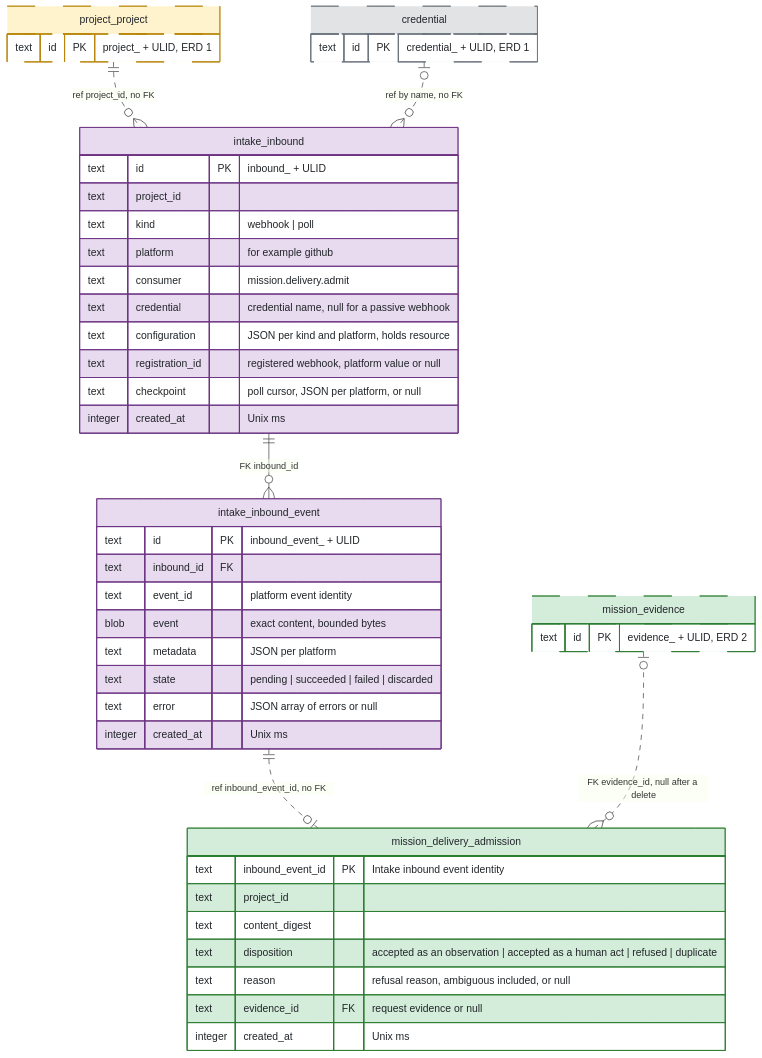
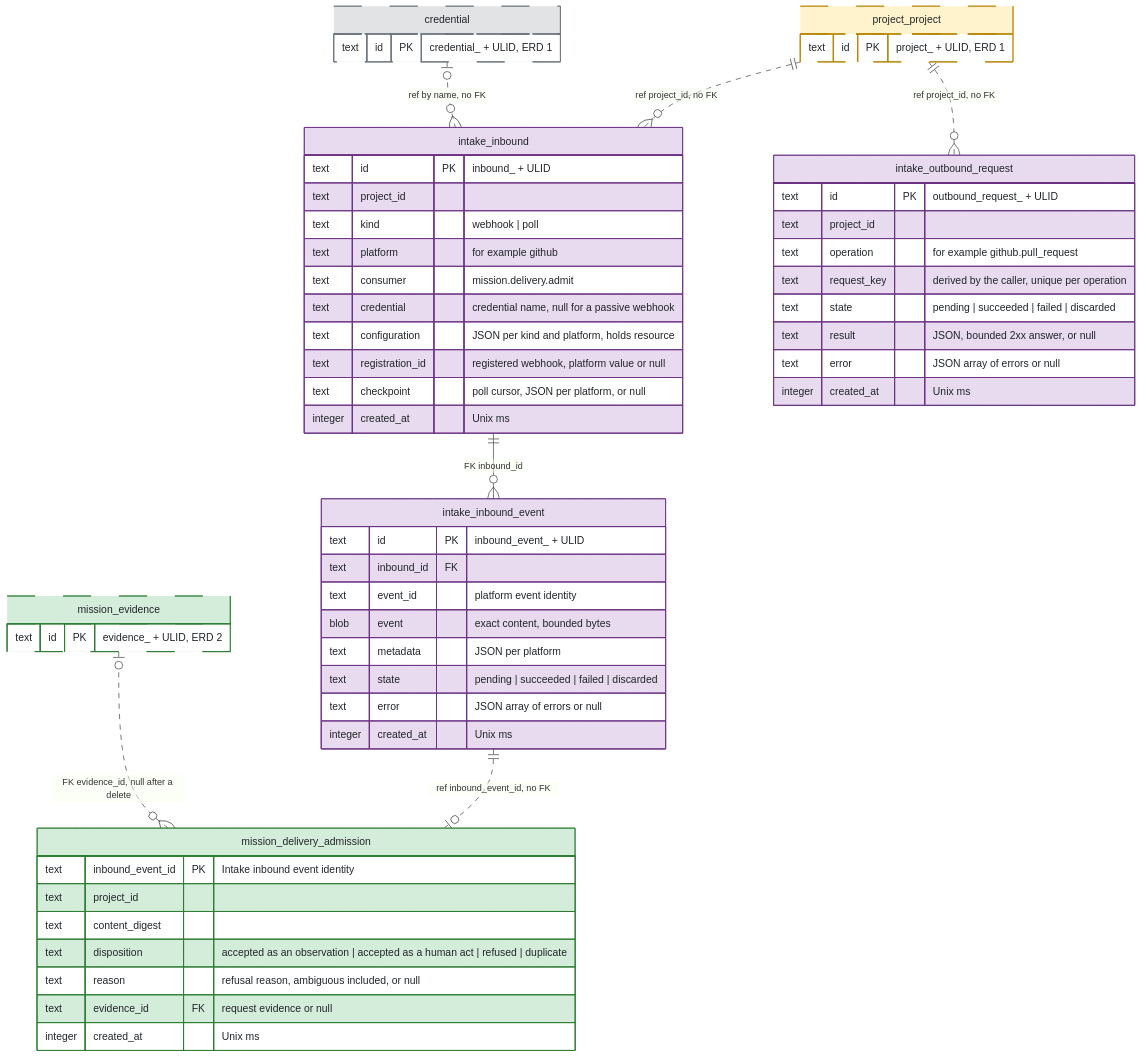
One commit to kanthorlabs/kanthord changed the diagram in docs/reference/erd/03-integration.md. Above: the diagram before and after it, drawn with Mermaid. The commit also changed other lines of this file and 2 other files, not shown here.

Commit message:
docs(erd): add outbound requests to ERD 3 and rename it External integration

````diff
--- a/docs/reference/erd/03-integration.md
+++ b/docs/reference/erd/03-integration.md
@@ -33,65 +37,77 @@
 ```mermaid
 erDiagram
     credential {
         text id PK "credential_ + ULID, ERD 1"
     }
     project_project {
         text id PK "project_ + ULID, ERD 1"
     }
     mission_evidence {
         text id PK "evidence_ + ULID, ERD 2"
     }
 
     intake_inbound {
         text id PK "inbound_ + ULID"
         text project_id
         text kind "webhook | poll"
         text platform "for example github"
         text consumer "mission.delivery.admit"
         text credential "credential name, null for a passive webhook"
         text configuration "JSON per kind and platform, holds resource"
         text registration_id "registered webhook, platform value or null"
         text checkpoint "poll cursor, JSON per platform, or null"
         integer created_at "Unix ms"
     }
 
     intake_inbound_event {
         text id PK "inbound_event_ + ULID"
         text inbound_id FK
         text event_id "platform event identity"
         blob event "exact content, bounded bytes"
         text metadata "JSON per platform"
         text state "pending | succeeded | failed | discarded"
         text error "JSON array of errors or null"
         integer created_at "Unix ms"
     }
 
+    intake_outbound_request {
+        text id PK "outbound_request_ + ULID"
+        text project_id
+        text operation "for example github.pull_request"
+        text request_key "derived by the caller, unique per operation"
+        text state "pending | succeeded | failed | discarded"
+        text result "JSON, bounded 2xx answer, or null"
+        text error "JSON array of errors or null"
+        integer created_at "Unix ms"
+    }
+
     mission_delivery_admission {
         text inbound_event_id PK "Intake inbound event identity"
         text project_id
         text content_digest
         text disposition "accepted as an observation | accepted as a human act | refused | duplicate"
         text reason "refusal reason, ambiguous included, or null"
         text evidence_id FK "request evidence or null"
         integer created_at "Unix ms"
     }
 
     project_project ||..o{ intake_inbound : "ref project_id, no FK"
     credential |o..o{ intake_inbound : "ref by name, no FK"
     intake_inbound ||--o{ intake_inbound_event : "FK inbound_id"
+    project_project ||..o{ intake_outbound_request : "ref project_id, no FK"
 
     intake_inbound_event ||..o| mission_delivery_admission : "ref inbound_event_id, no FK"
     mission_evidence |o..o{ mission_delivery_admission : "FK evidence_id, null after a delete"
 
     classDef custody fill:#e2e3e5,stroke:#6c757d,color:#212529
     classDef project fill:#fff3cd,stroke:#b8860b,color:#212529
     classDef mission fill:#d4edda,stroke:#2e7d32,color:#212529
     classDef intake fill:#e8daef,stroke:#6c3483,color:#212529
     classDef stub stroke-dasharray:4 3
 
     class credential custody
     class project_project project
     class mission_evidence,mission_delivery_admission mission
     class credential,project_project,mission_evidence stub
-    class intake_inbound,intake_inbound_event intake
+    class intake_inbound,intake_inbound_event,intake_outbound_request intake
 ```
````
